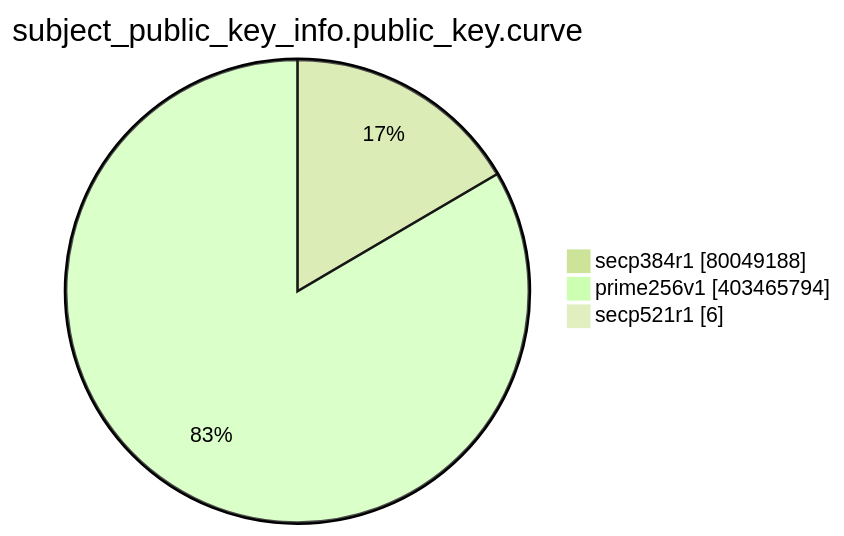
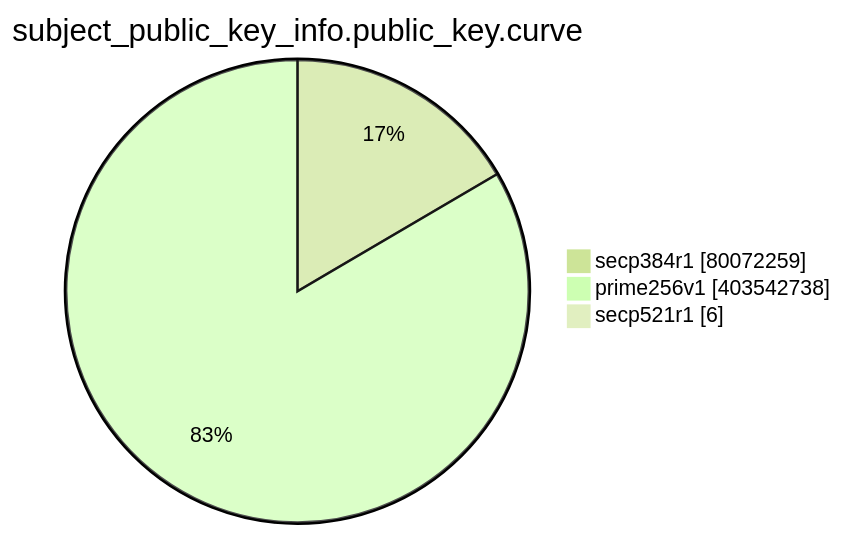
One commit to christiankrug/ctmonitor_visualization changed the eighth of 15 diagrams in TOTAL/README.md. Above: the diagram before and after it, drawn with Mermaid (forest theme). The commit also changed other lines of this file, not shown here.

````diff
--- a/TOTAL/README.md
+++ b/TOTAL/README.md
@@ -3095,7 +3095,7 @@
 ```mermaid
 pie showData
 title subject_public_key_info.public_key.curve
-"secp384r1" :80049188
-"prime256v1" :403465794
+"secp384r1" :80072259
+"prime256v1" :403542738
 "secp521r1" :6
 ```
````
